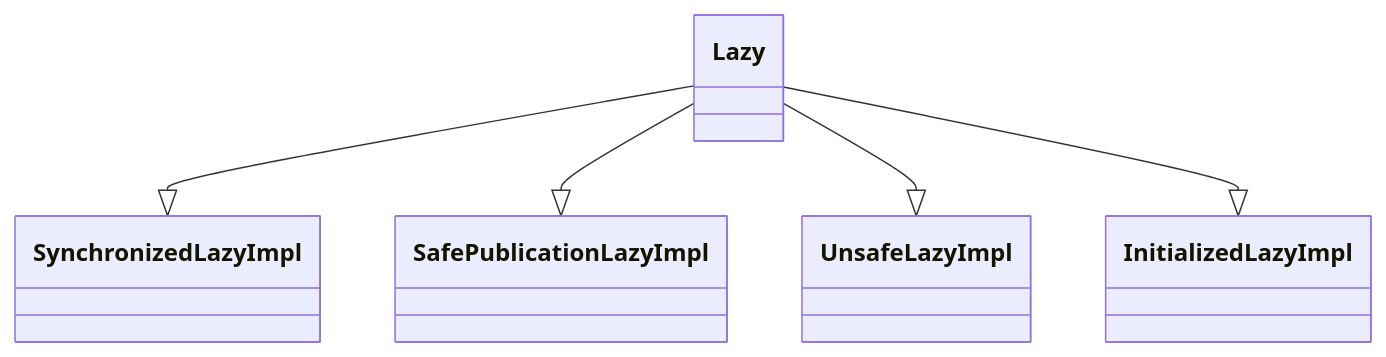
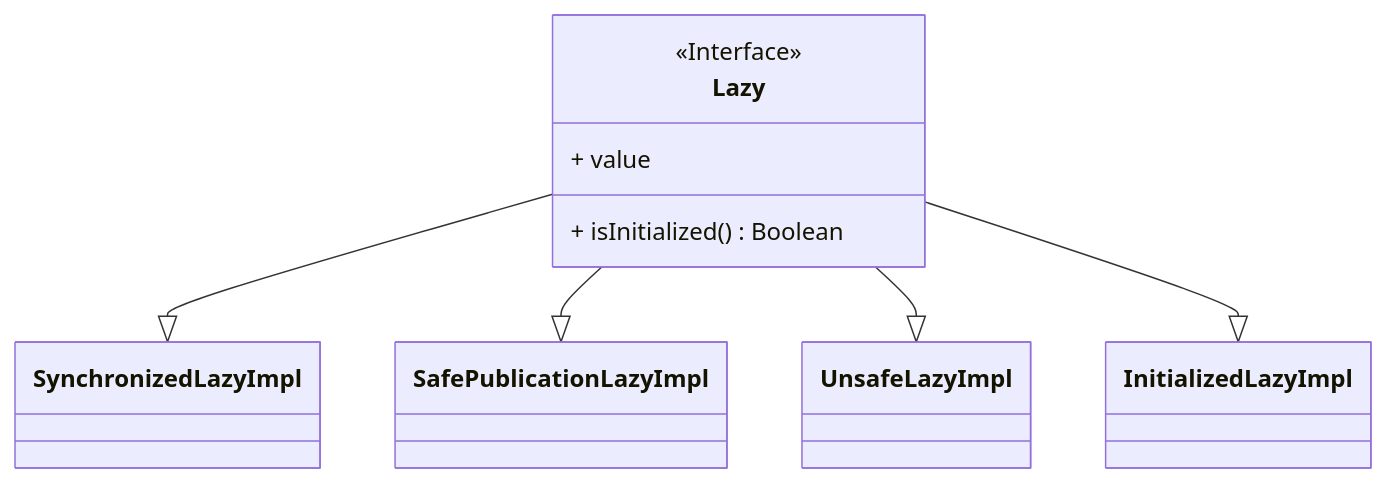
Before and after one commit to ndy2/Haha-Blog: the diagram in docs/study/kotlin/delegation-properties/index.md, drawn with Mermaid. The commit also changed other lines of this file and 13 other files, not shown here.

````diff
--- a/docs/study/kotlin/delegation-properties/index.md
+++ b/docs/study/kotlin/delegation-properties/index.md
@@ -123,8 +123,13 @@
 ```mermaid
 classDiagram
     direction TB
     Lazy --|> SynchronizedLazyImpl
     Lazy --|> SafePublicationLazyImpl
     Lazy --|> UnsafeLazyImpl
     Lazy --|> InitializedLazyImpl
+	class Lazy{
+        <<Interface>>
+        + value
+        + isInitialized() Boolean
+    }
 ```
````
